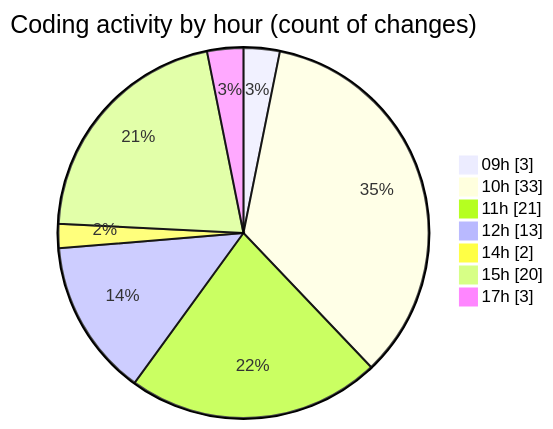
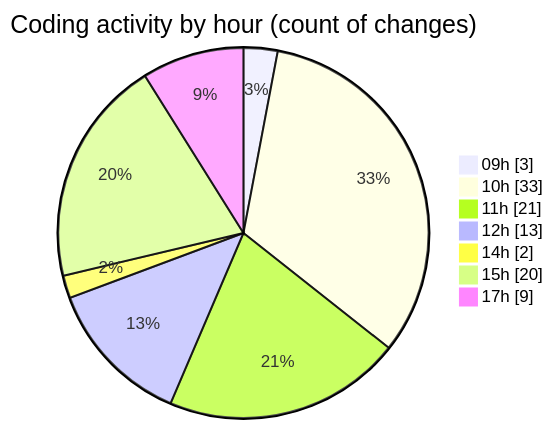
One commit to momahboobian/code-tracking changed the second of 2 diagrams in 2025-10-31/cda/README.md. Above: the diagram before and after it, drawn with Mermaid. The commit also changed other lines of this file and 1 other file, not shown here.

````diff
--- a/2025-10-31/cda/README.md
+++ b/2025-10-31/cda/README.md
@@ -42,11 +42,11 @@
 ```mermaid
 pie showData
 title Coding activity by hour (count of changes)
 "09h" : 3
 "10h" : 33
 "11h" : 21
 "12h" : 13
 "14h" : 2
 "15h" : 20
-"17h" : 3
+"17h" : 9
 ```
````
